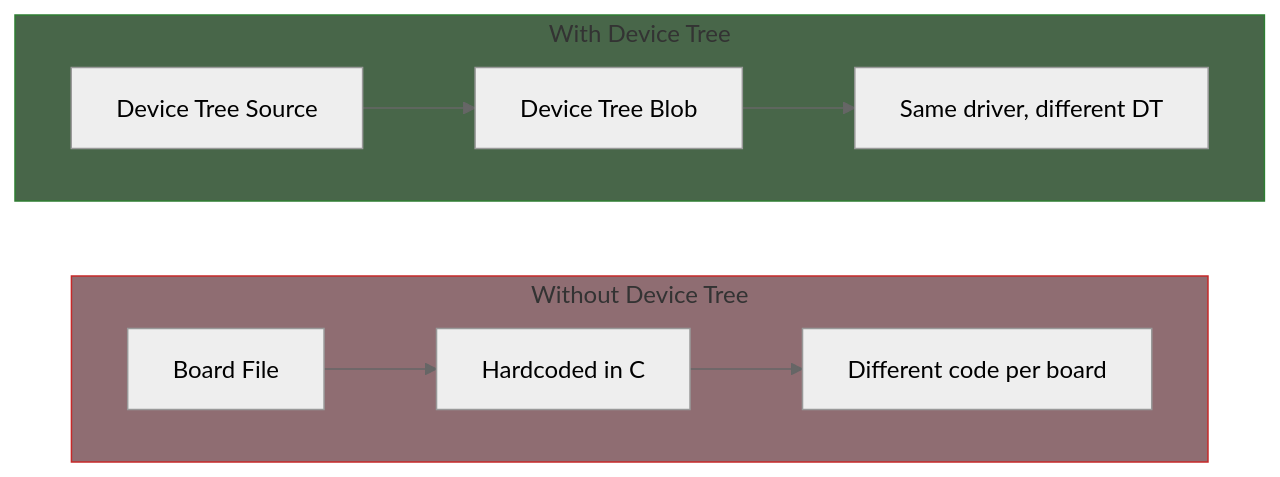
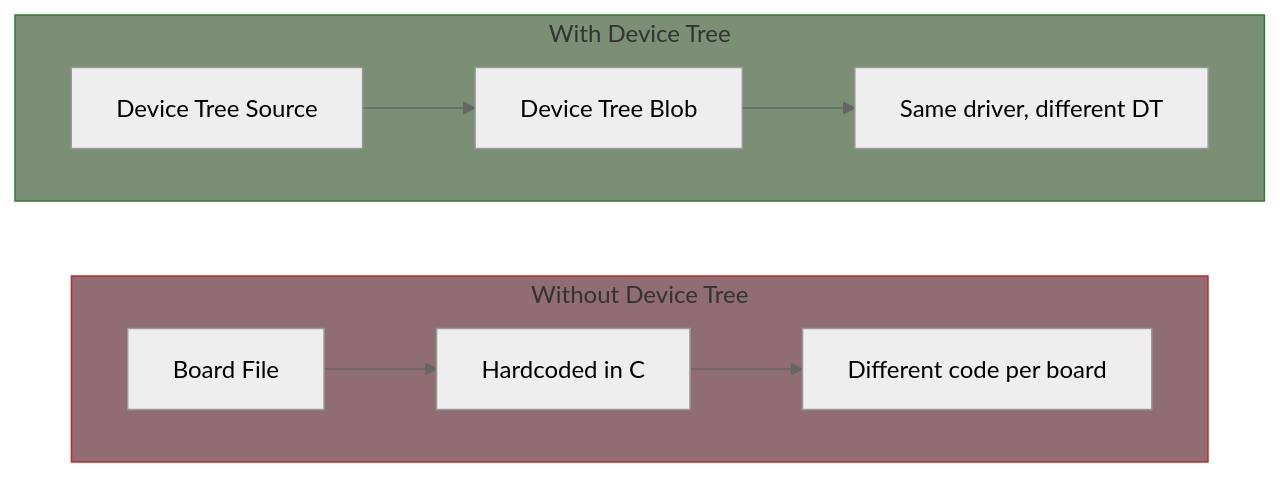
The first of 4 diagrams in part8/index.md (MichaelTien8901/linux-driver-guide-tutorial), drawn with Mermaid (neutral theme) before and after one commit. The commit also changed 36 other files, not shown here.

Commit message:
Fix mermaid diagram colors to use consistent paper-like theme

````diff
--- a/part8/index.md
+++ b/part8/index.md
@@ -14,22 +14,22 @@
 ```mermaid
 flowchart LR
     subgraph Old["Without Device Tree"]
         direction LR
         BOARD[Board File]
         CODE["Hardcoded in C"]
         DIFF["Different code per board"]
     end
 
     subgraph New["With Device Tree"]
         direction LR
         DTS[Device Tree Source]
         DTB[Device Tree Blob]
         SAME["Same driver, different DT"]
     end
 
     BOARD --> CODE --> DIFF
     DTS --> DTB --> SAME
 
     style Old fill:#8f6d72,stroke:#c62828
-    style New fill:#486649,stroke:#2e7d32
+    style New fill:#7a8f73,stroke:#2e7d32
 ```
````
